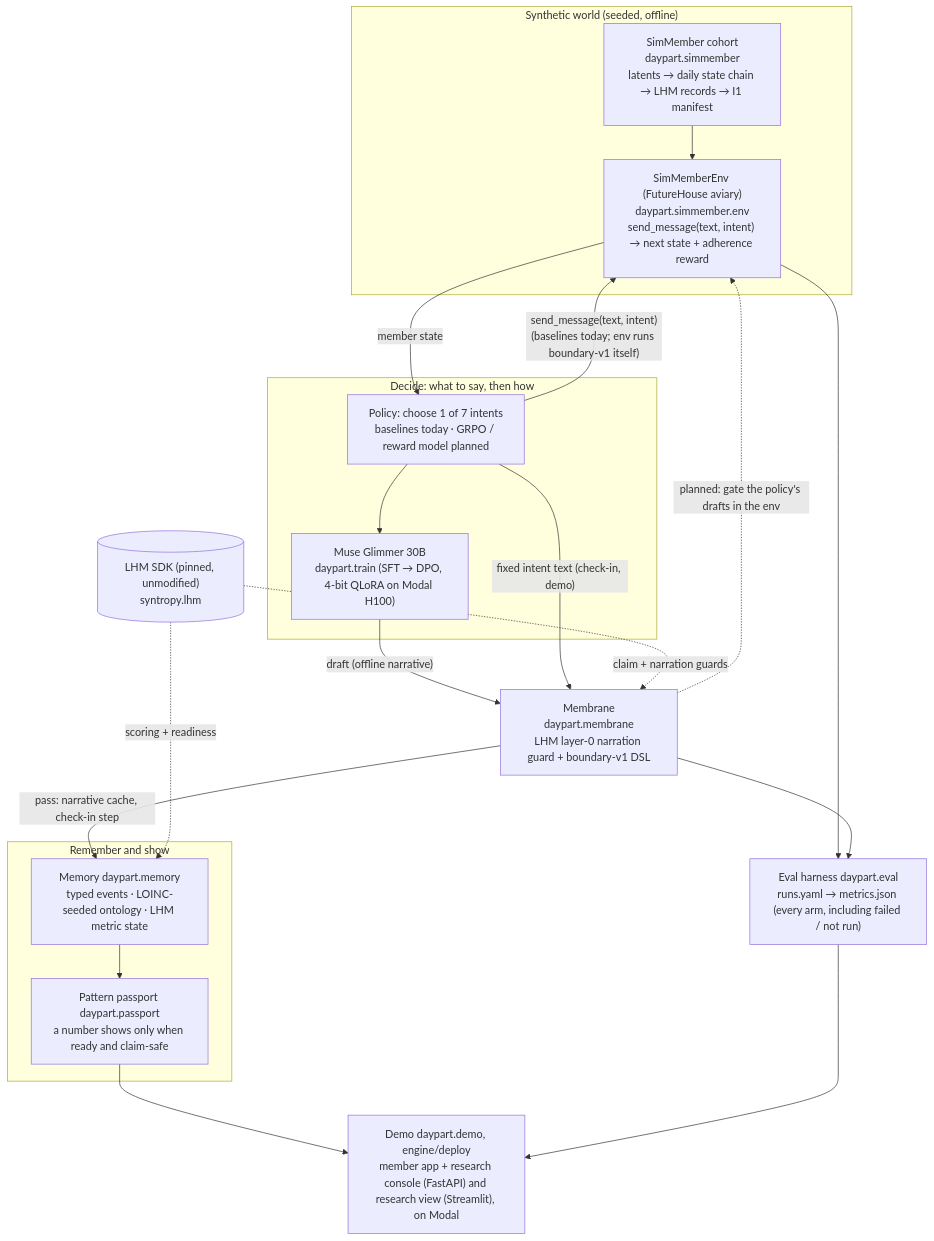
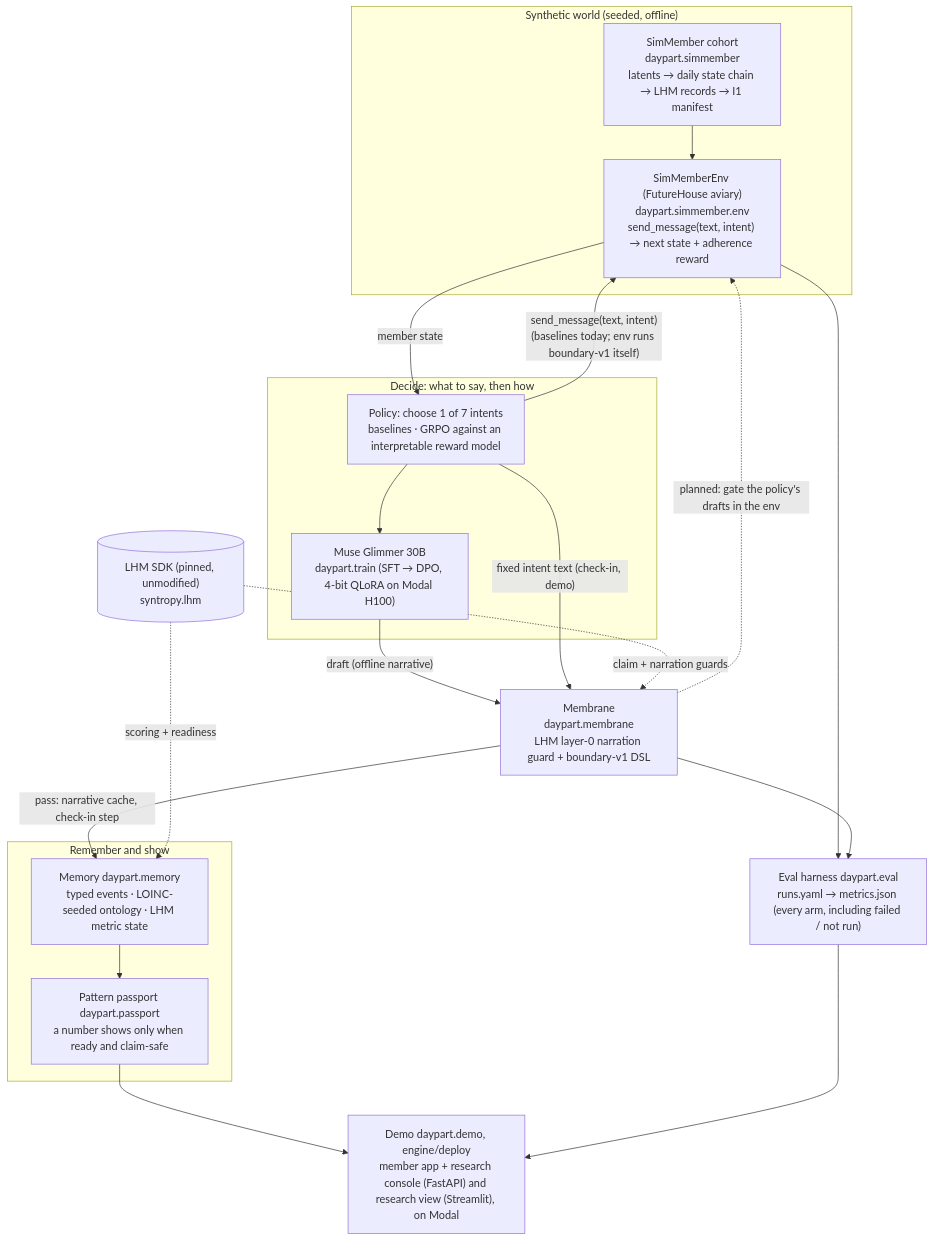
The first of 6 diagrams in README.md (Syntropy-Health/longevity-memory-sdk), drawn with Mermaid before and after one commit. The commit also changed other lines of this file and 19 other files, not shown here.

````diff
--- a/README.md
+++ b/README.md
@@ -27,40 +27,40 @@
 ```mermaid
 flowchart TD
     subgraph WORLD["Synthetic world (seeded, offline)"]
         SM["SimMember cohort<br/>daypart.simmember<br/>latents → daily state chain → LHM records → I1 manifest"]
         ENV["SimMemberEnv (FutureHouse aviary)<br/>daypart.simmember.env<br/>send_message(text, intent) → next state + adherence reward"]
         SM --> ENV
     end
 
     subgraph DECIDE["Decide: what to say, then how"]
-        POL["Policy: choose 1 of 7 intents<br/>baselines today · GRPO / reward model planned"]
+        POL["Policy: choose 1 of 7 intents<br/>baselines · GRPO against an interpretable reward model"]
         LM["Muse Glimmer 30B<br/>daypart.train (SFT → DPO, 4-bit QLoRA on Modal H100)"]
         POL --> LM
     end
 
     MEM["Membrane<br/>daypart.membrane<br/>LHM layer-0 narration guard + boundary-v1 DSL"]
 
     subgraph STATE["Remember and show"]
         MEMORY["Memory daypart.memory<br/>typed events · LOINC-seeded ontology · LHM metric state"]
         PASS["Pattern passport daypart.passport<br/>a number shows only when ready and claim-safe"]
         MEMORY --> PASS
     end
 
     EVAL["Eval harness daypart.eval<br/>runs.yaml → metrics.json (every arm, including failed / not run)"]
     DEMO["Demo daypart.demo, engine/deploy<br/>member app + research console (FastAPI) and research view (Streamlit), on Modal"]
 
     ENV -- member state --> POL
     POL -- "send_message(text, intent)<br/>(baselines today; env runs boundary-v1 itself)" --> ENV
     LM -- "draft (offline narrative)" --> MEM
     POL -- "fixed intent text (check-in, demo)" --> MEM
     MEM -- "pass: narrative cache, check-in step" --> MEMORY
     MEM -. "planned: gate the policy's drafts in the env" .-> ENV
     ENV --> EVAL
     MEM --> EVAL
     PASS --> DEMO
     EVAL --> DEMO
 
     LHM[("LHM SDK (pinned, unmodified)<br/>syntropy.lhm")]
     LHM -. claim + narration guards .-> MEM
     LHM -. scoring + readiness .-> MEMORY
 ```
````
